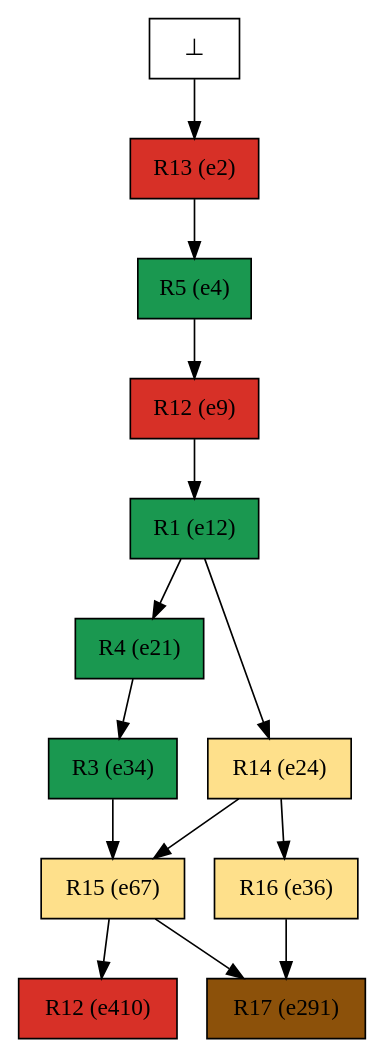
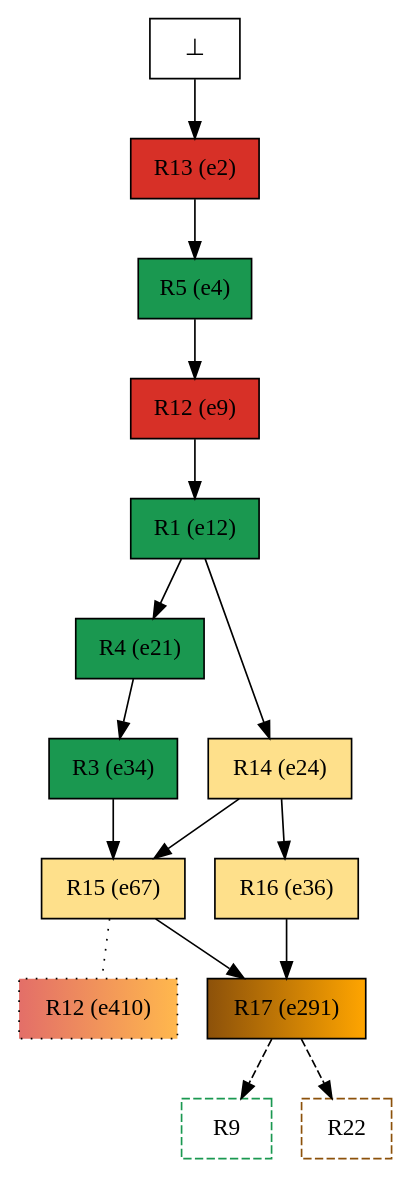
One commit to giannkas/ecofolder changed the diagram in examples/oursin_tasmanie/mrk_instances/alg2urc/mindoo_confs/02_mindoo_conf_colored.dot. Above: the diagram before and after it, drawn with Graphviz. The commit also changed 58 other files, not shown here.

```diff
--- a/examples/oursin_tasmanie/mrk_instances/alg2urc/mindoo_confs/02_mindoo_conf_colored.dot
+++ b/examples/oursin_tasmanie/mrk_instances/alg2urc/mindoo_confs/02_mindoo_conf_colored.dot
@@ -1,27 +1,31 @@
 digraph test {
   e2 -> e4;
   e4 -> e9;
   e9 -> e12;
   e12 -> e21;
   e12 -> e24;
   e21 -> e34;
   e24 -> e36;
   e24 -> e67;
   e34 -> e67;
   e36 -> e291;
   e67 -> e291;
-  e67 -> e410;
+  e67 -> e410 [arrowhead=none style=dotted];
+  e291 -> r9 [color="black" style=dashed];
+  e291 -> r22 [color="black" style=dashed];
   e0 -> e2;
   e2 [color="black" fillcolor="#d73027:#d73027" label="R13 (e2)" shape=box style=filled];
   e4 [color="black" fillcolor="#1a9850:#1a9850" label="R5 (e4)" shape=box style=filled];
   e9 [color="black" fillcolor="#d73027:#d73027" label="R12 (e9)" shape=box style=filled];
   e12 [color="black" fillcolor="#1a9850:#1a9850" label="R1 (e12)" shape=box style=filled];
   e21 [color="black" fillcolor="#1a9850:#1a9850" label="R4 (e21)" shape=box style=filled];
   e24 [color="black" fillcolor="#fee08b:#fee08b" label="R14 (e24)" shape=box style=filled];
   e34 [color="black" fillcolor="#1a9850:#1a9850" label="R3 (e34)" shape=box style=filled];
   e36 [color="black" fillcolor="#fee08b:#fee08b" label="R16 (e36)" shape=box style=filled];
   e67 [color="black" fillcolor="#fee08b:#fee08b" label="R15 (e67)" shape=box style=filled];
-  e291 [color="black" fillcolor="#8c510a:#8c510a" label="R17 (e291)" shape=box style=filled];
-  e410 [color="black" fillcolor="#d73027:#d73027" label="R12 (e410)" shape=box style=filled];
+  e291 [color="black" fillcolor="#8c510a:orange" label="R17 (e291)" shape=box style=filled];
+  e410 [color="black" fillcolor="#d73027b2:#ff9900b2" label="R12 (e410)" shape=box style="filled,dotted"];
   e0 [fillcolor="white" label="⊥" shape=box style=filled];
+  r9 [fillcolor="transparent" color="#1a9850" label=R9 shape=box style=dashed];
+  r22 [fillcolor="transparent" color="#8c510a" label=R22 shape=box style=dashed];
 }
```
